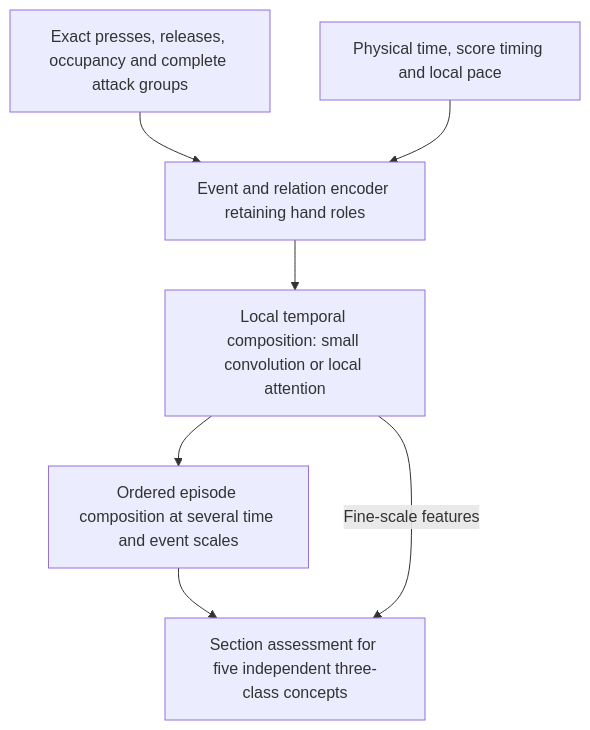
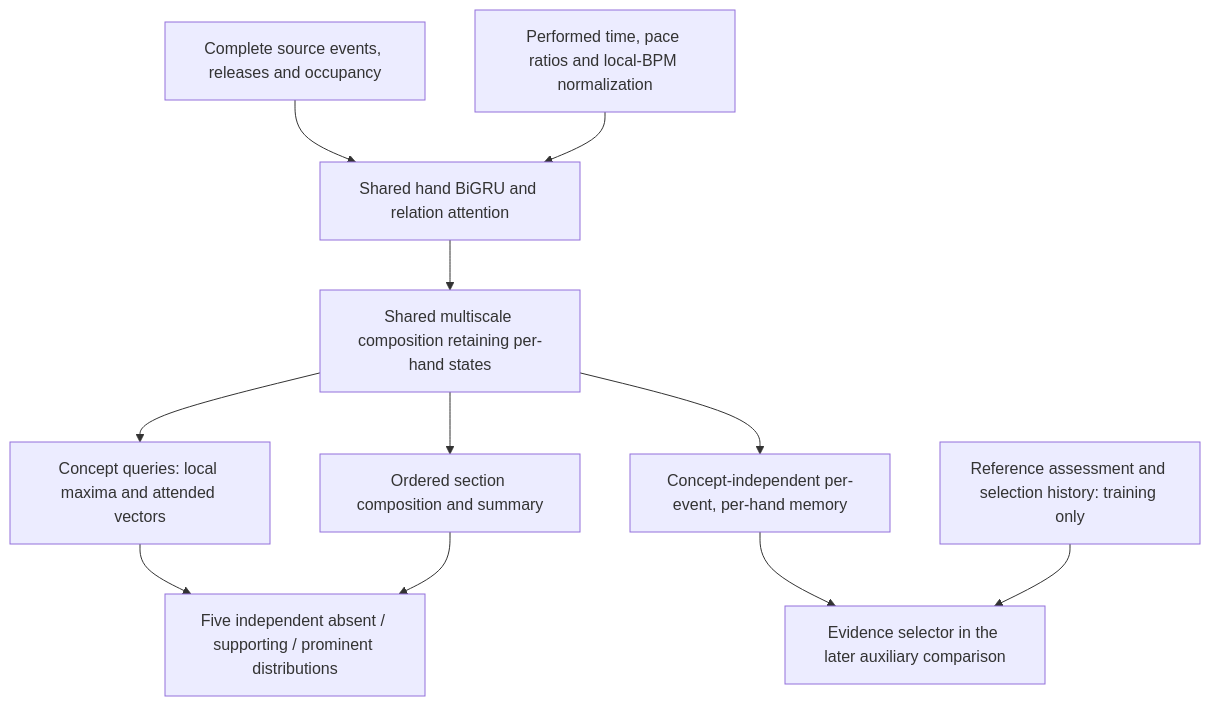
One commit to Pulsefield/Pulsefield-model changed the diagram in docs/research/scoped_style_seed17_results_and_next_questions.md. Above: the diagram before and after it, drawn with Mermaid. The commit also changed other lines of this file, not shown here.

Commit message:
docs: specify style architecture upgrades and probes

````diff
--- a/docs/research/scoped_style_seed17_results_and_next_questions.md
+++ b/docs/research/scoped_style_seed17_results_and_next_questions.md
@@ -314,10 +505,14 @@
 ```mermaid
 flowchart TD
-    A["Exact presses, releases, occupancy and complete attack groups"] --> E
-    T["Physical time, score timing and local pace"] --> E
-    E["Event and relation encoder retaining hand roles"] --> L
-    L["Local temporal composition: small convolution or local attention"] --> M
-    M["Ordered episode composition at several time and event scales"] --> S
-    S["Section assessment for five independent three-class concepts"]
-    L -->|Fine-scale features| S
+    X["Complete source events, releases and occupancy"] --> E
+    T["Performed time, pace ratios and local-BPM normalization"] --> E
+    E["Shared hand BiGRU and relation attention"] --> M
+    M["Shared multiscale composition retaining per-hand states"] --> L
+    M --> G
+    L["Concept queries: local maxima and attended vectors"] --> A
+    G["Ordered section composition and summary"] --> A
+    A["Five independent absent / supporting / prominent distributions"]
+    M --> C["Concept-independent per-event, per-hand memory"]
+    C --> W["Evidence selector in the later auxiliary comparison"]
+    Y["Reference assessment and selection history: training only"] --> W
 ```
````
